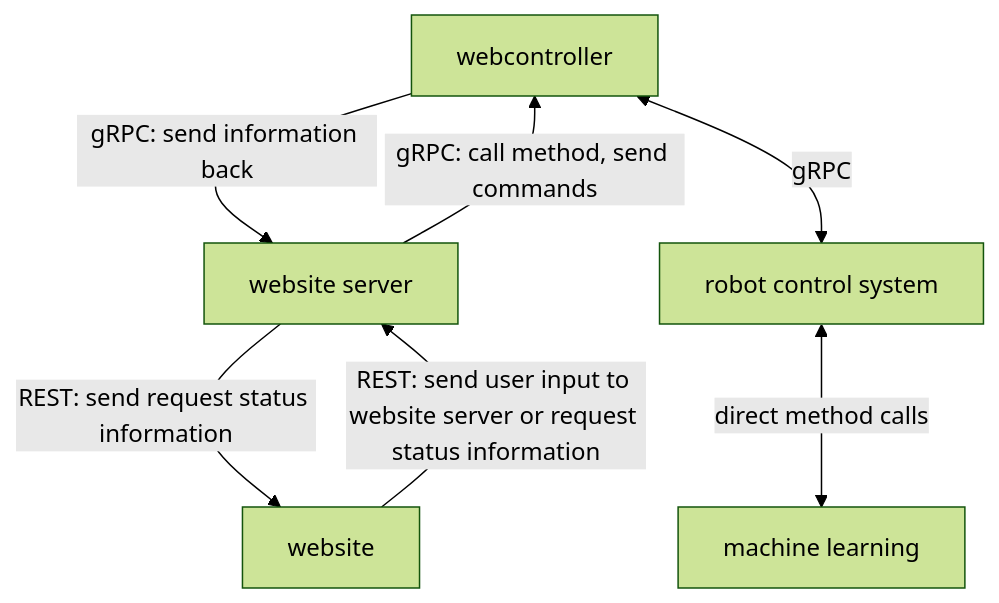
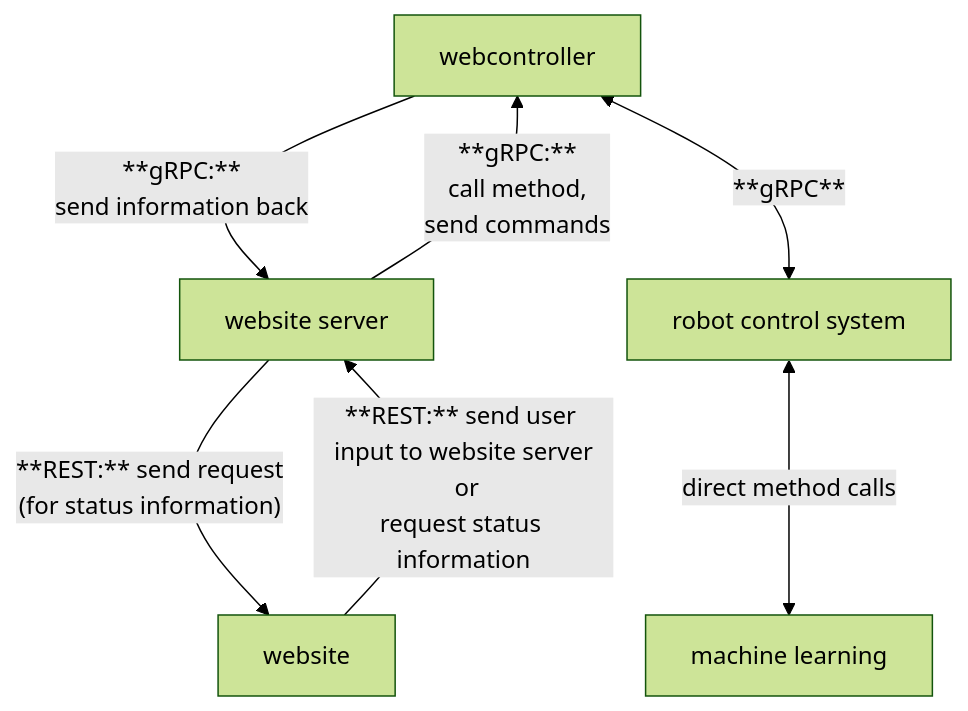
One commit to BjoernFuertges/Study_Project_Robot_Control changed the diagram in README.md. Above: the diagram before and after it, drawn with Mermaid (forest theme).

Commit message:
Readme: text formatting

````diff
--- a/README.md
+++ b/README.md
@@ -4,9 +4,9 @@
 ```mermaid
 graph TD;
-    A[webcontroller]--> |"gRPC: send information back"| B["website server"];
-    B --> |"gRPC: call method, send commands"| A;
-    A <--> |"gRPC"| C["robot control system"];
-    B --> |"REST: send request status information"| D["website"];
-    D --> |"REST: send user input to website server or request status information"| B;
+    A[webcontroller]--> |"**gRPC:** <br>send information back"| B["website server"];
+    B --> |"**gRPC:** <br>call method, <br>send commands"| A;
+    A <--> |"**gRPC**"| C["robot control system"];
+    B --> |"**REST:** send request <br>(for status information)"| D["website"];
+    D --> |"**REST:** send user input to website server<br> or<br>request status information"| B;
     C <--> |"direct method calls"| E["machine learning"];
 ```
````
